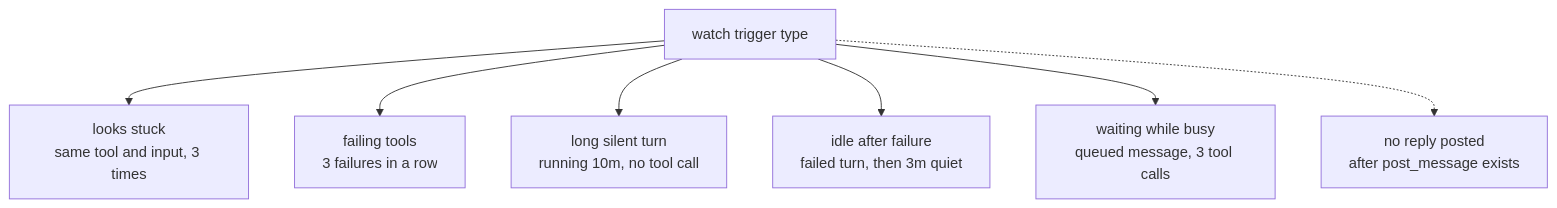
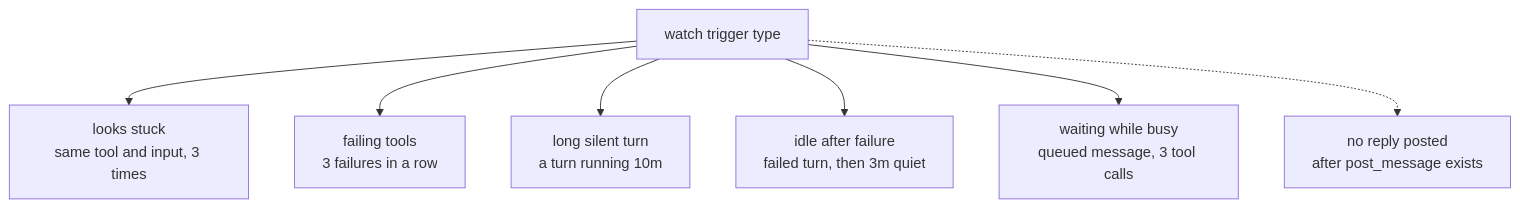
Before and after one commit to softov/ahpd: the fourth of 8 diagrams in .project/plans/host/71-an-automation-wakes-on-what-a-session-does/diagrams.md, drawn with Mermaid. The commit also changed other lines of this file and 51 other files, not shown here.

````diff
--- a/.project/plans/host/71-an-automation-wakes-on-what-a-session-does/diagrams.md
+++ b/.project/plans/host/71-an-automation-wakes-on-what-a-session-does/diagrams.md
@@ -60,9 +66,9 @@
 ```mermaid
 flowchart TB
     W["watch trigger type"] --> S1["looks stuck<br/>same tool and input, 3 times"]
     W --> S2["failing tools<br/>3 failures in a row"]
-    W --> S3["long silent turn<br/>running 10m, no tool call"]
+    W --> S3["long silent turn<br/>a turn running 10m"]
     W --> S4["idle after failure<br/>failed turn, then 3m quiet"]
     W --> S5["waiting while busy<br/>queued message, 3 tool calls"]
     W -.-> S6["no reply posted<br/>after post_message exists"]
 ```
````
